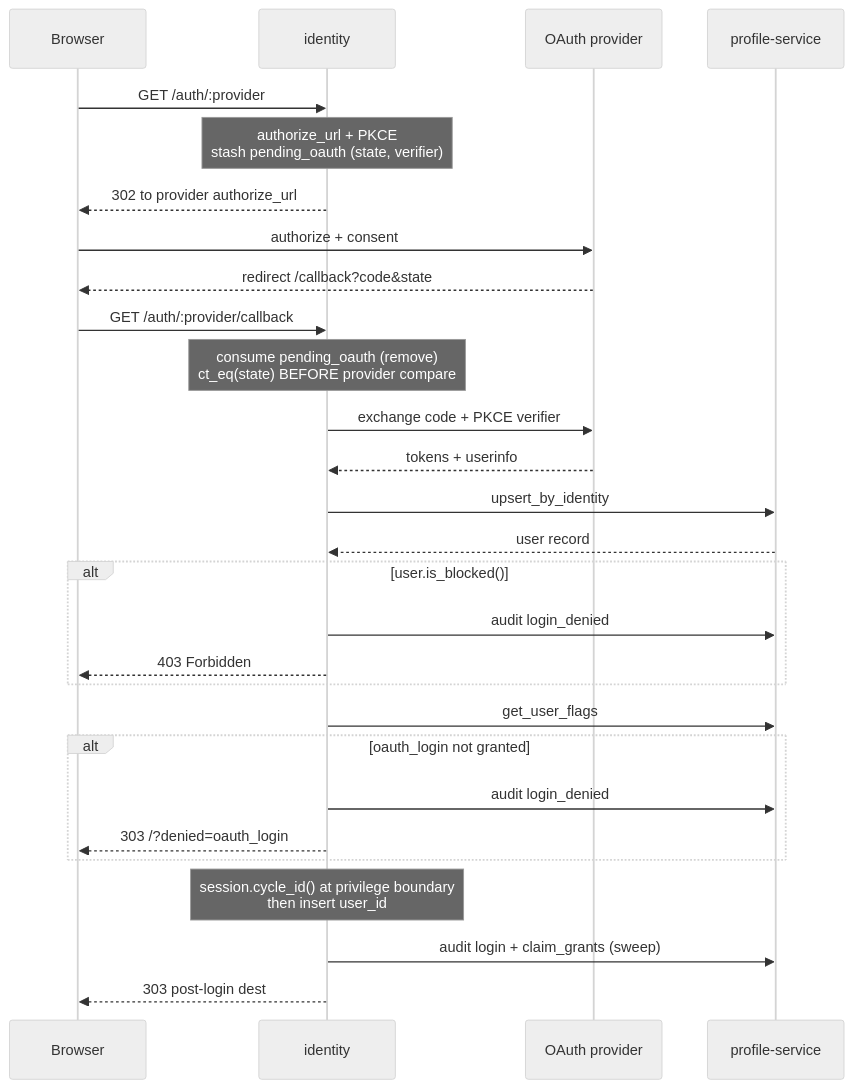
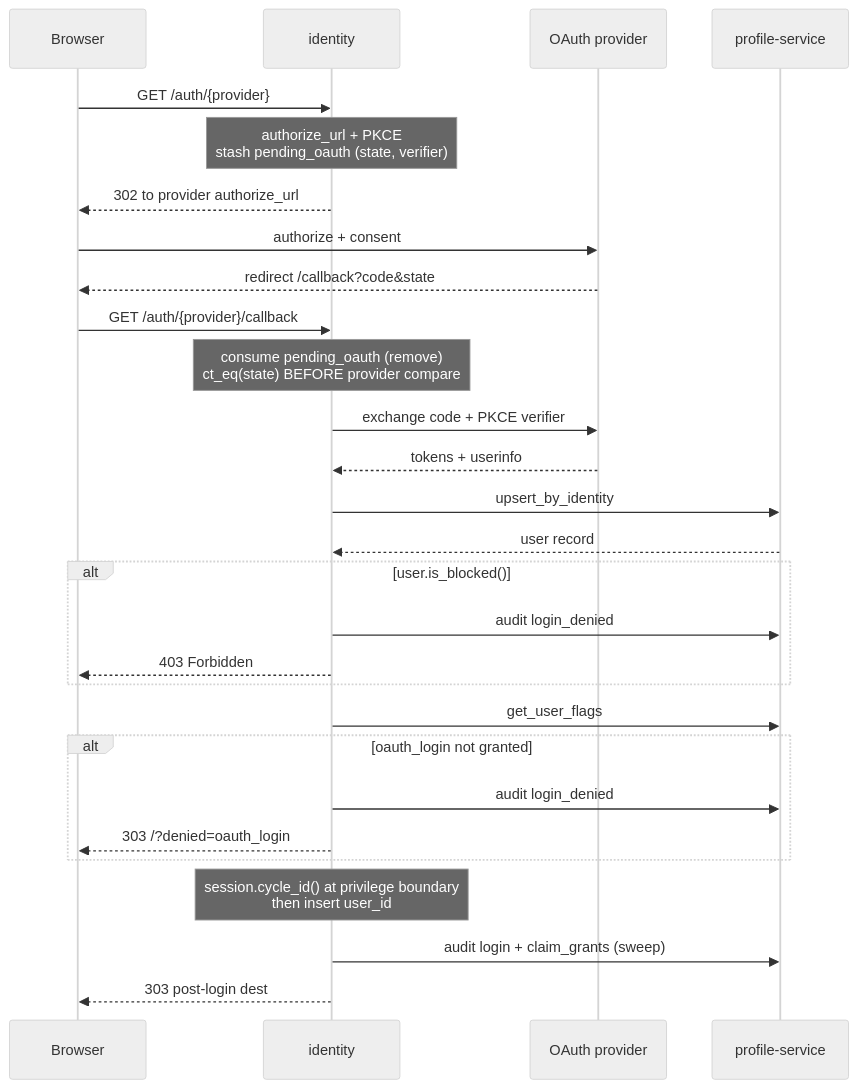
The first of 2 diagrams in gateway/crates/identity/design.md (likewhatevs/chan), drawn with Mermaid (neutral theme) before and after one commit. The commit also changed other lines of this file and 17 other files, not shown here.

````diff
--- a/gateway/crates/identity/design.md
+++ b/gateway/crates/identity/design.md
@@ -31,31 +31,31 @@
 ```mermaid
 sequenceDiagram
     participant B as Browser
     participant I as identity
     participant P as OAuth provider
     participant PR as profile-service
 
-    B->>I: GET /auth/:provider
+    B->>I: GET /auth/{provider}
     Note over I: authorize_url + PKCE<br/>stash pending_oauth (state, verifier)
     I-->>B: 302 to provider authorize_url
     B->>P: authorize + consent
     P-->>B: redirect /callback?code&state
-    B->>I: GET /auth/:provider/callback
+    B->>I: GET /auth/{provider}/callback
     Note over I: consume pending_oauth (remove)<br/>ct_eq(state) BEFORE provider compare
     I->>P: exchange code + PKCE verifier
     P-->>I: tokens + userinfo
     I->>PR: upsert_by_identity
     PR-->>I: user record
     alt user.is_blocked()
         I->>PR: audit login_denied
         I-->>B: 403 Forbidden
     end
     I->>PR: get_user_flags
     alt oauth_login not granted
         I->>PR: audit login_denied
         I-->>B: 303 /?denied=oauth_login
     end
     Note over I: session.cycle_id() at privilege boundary<br/>then insert user_id
     I->>PR: audit login + claim_grants (sweep)
     I-->>B: 303 post-login dest
 ```
````
